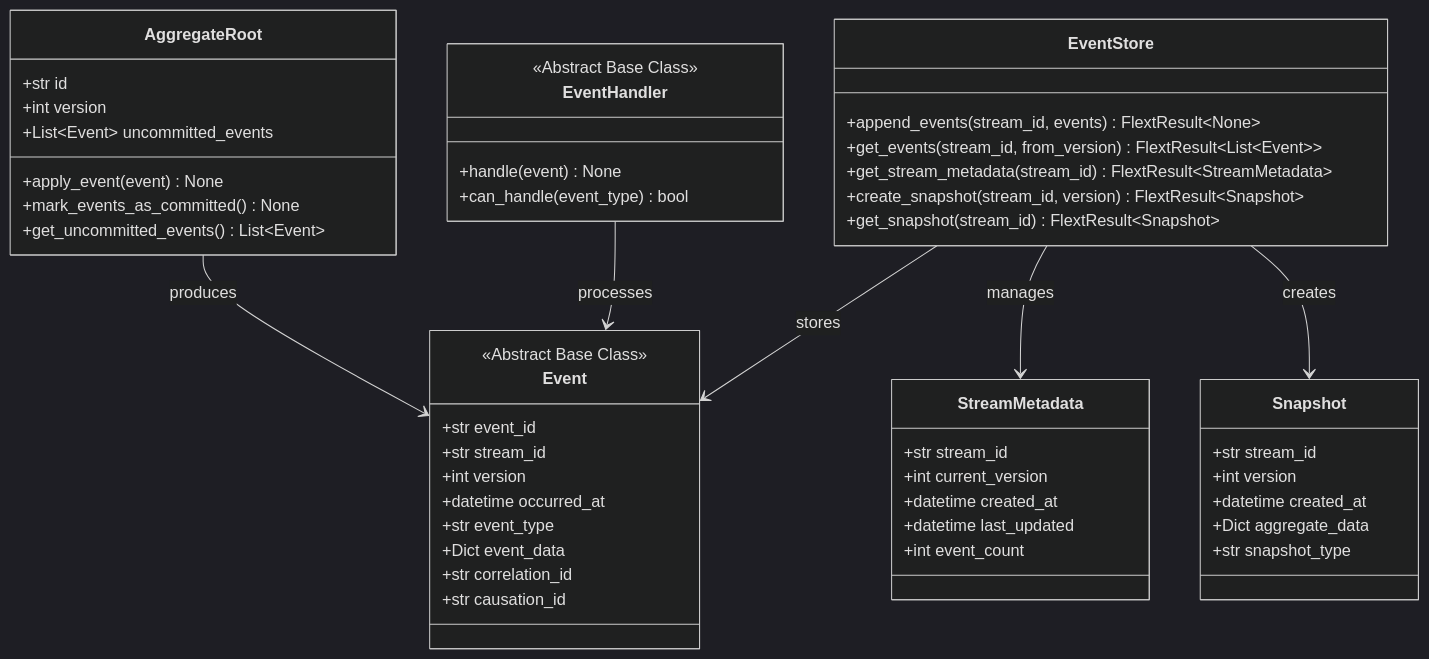
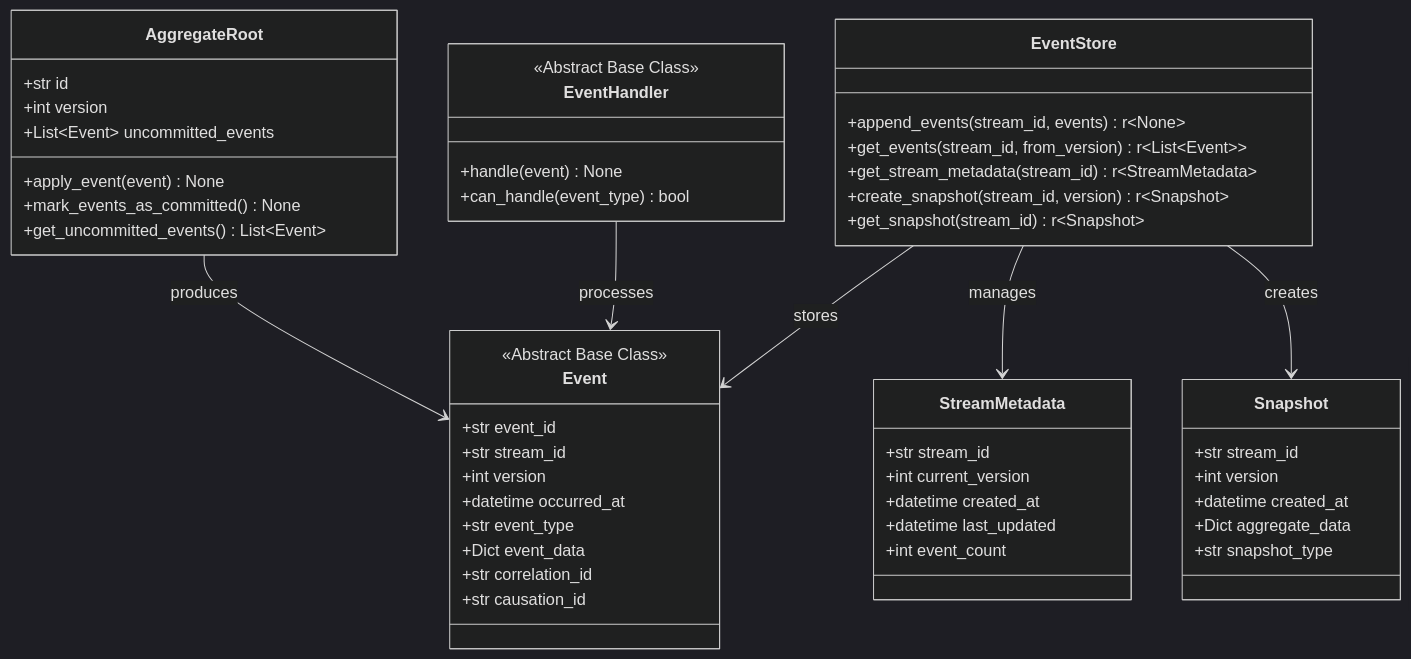
Before and after one commit to flext-sh/flext: the tenth of 10 diagrams in docs/architecture/c4-model/code-diagrams.md, drawn with Mermaid (dark theme). The commit also changed other lines of this file and 35 other files, not shown here.

````diff
--- a/docs/architecture/c4-model/code-diagrams.md
+++ b/docs/architecture/c4-model/code-diagrams.md
@@ -519,59 +519,59 @@
 ```mermaid
 classDiagram
     class EventStore {
-        +append_events(stream_id, events) FlextResult~None~
-        +get_events(stream_id, from_version) FlextResult~List~Event~~
-        +get_stream_metadata(stream_id) FlextResult~StreamMetadata~
-        +create_snapshot(stream_id, version) FlextResult~Snapshot~
-        +get_snapshot(stream_id) FlextResult~Snapshot~
+        +append_events(stream_id, events) r~None~
+        +get_events(stream_id, from_version) r~List~Event~~
+        +get_stream_metadata(stream_id) r~StreamMetadata~
+        +create_snapshot(stream_id, version) r~Snapshot~
+        +get_snapshot(stream_id) r~Snapshot~
     }
 
     class Event {
         <<Abstract Base Class>>
         +str event_id
         +str stream_id
         +int version
         +datetime occurred_at
         +str event_type
         +Dict event_data
         +str correlation_id
         +str causation_id
     }
 
     class StreamMetadata {
         +str stream_id
         +int current_version
         +datetime created_at
         +datetime last_updated
         +int event_count
     }
 
     class Snapshot {
         +str stream_id
         +int version
         +datetime created_at
         +Dict aggregate_data
         +str snapshot_type
     }
 
     class AggregateRoot {
         +str id
         +int version
         +List~Event~ uncommitted_events
         +apply_event(event) None
         +mark_events_as_committed() None
         +get_uncommitted_events() List~Event~
     }
 
     class EventHandler {
         <<Abstract Base Class>>
         +handle(event) None
         +can_handle(event_type) bool
     }
 
     EventStore --> Event : stores
     EventStore --> StreamMetadata : manages
     EventStore --> Snapshot : creates
     AggregateRoot --> Event : produces
     EventHandler --> Event : processes
 ```
````
